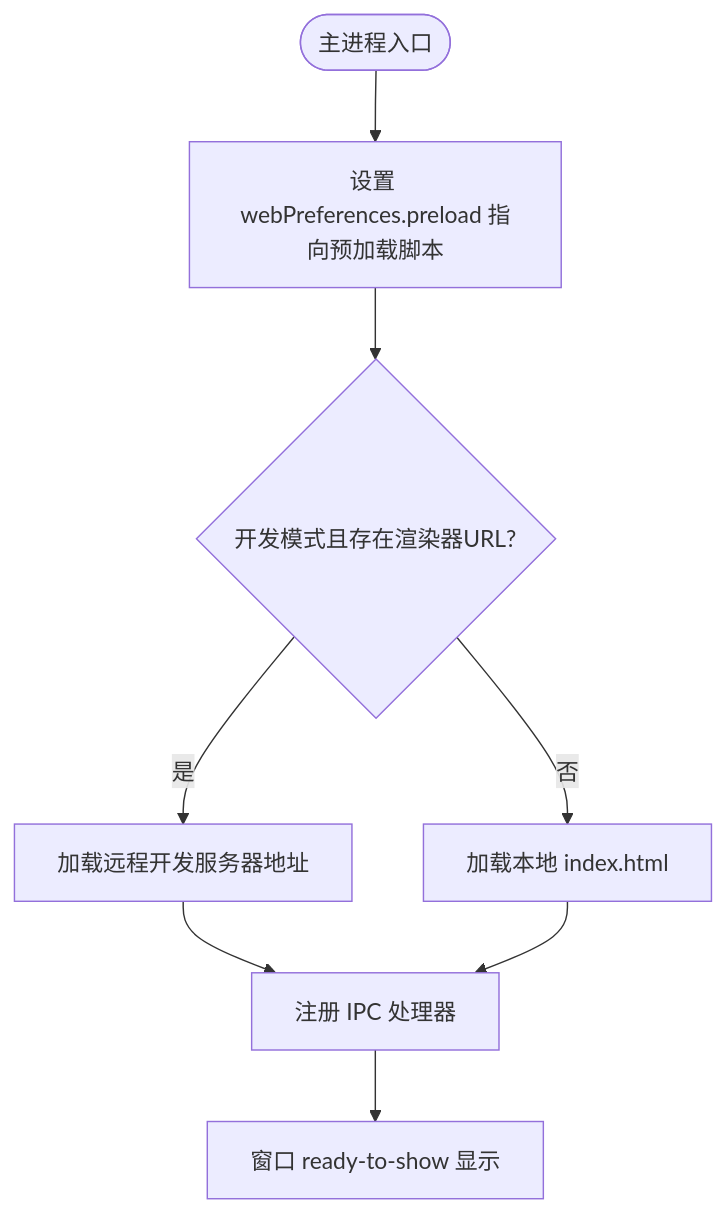
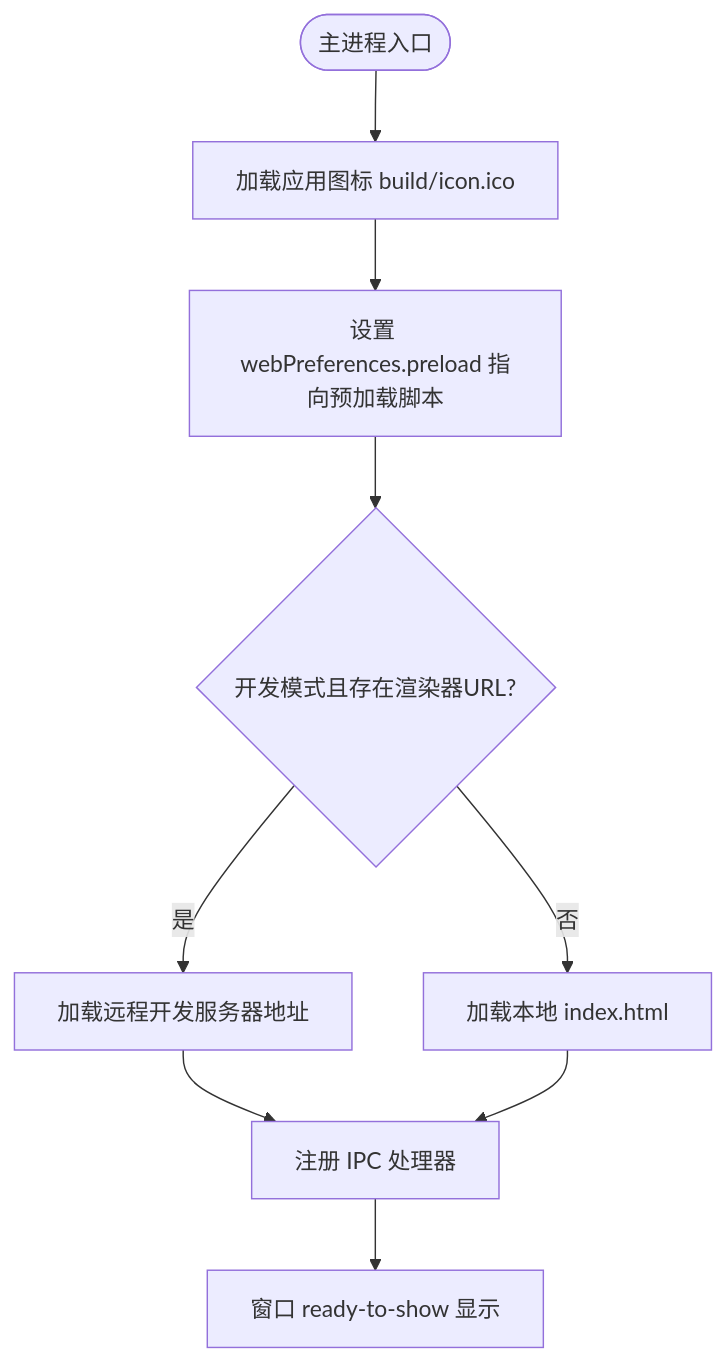
The third of 9 diagrams in .qoder/repowiki/zh/content/配置与部署/构建配置.md (remgasuki/ReDoPhoto), drawn with Mermaid before and after one commit. The commit also changed other lines of this file and 23 other files, not shown here.

````diff
--- a/.qoder/repowiki/zh/content/配置与部署/构建配置.md
+++ b/.qoder/repowiki/zh/content/配置与部署/构建配置.md
@@ -188,10 +219,11 @@
 ```mermaid
 flowchart TD
-Start(["主进程入口"]) --> LoadPreload["设置 webPreferences.preload 指向预加载脚本"]
+Start(["主进程入口"]) --> LoadIcon["加载应用图标 build/icon.ico"]
+LoadIcon --> LoadPreload["设置 webPreferences.preload 指向预加载脚本"]
 LoadPreload --> DevCheck{"开发模式且存在渲染器URL?"}
 DevCheck --> |是| LoadRemote["加载远程开发服务器地址"]
 DevCheck --> |否| LoadLocal["加载本地 index.html"]
 LoadRemote --> RegisterIPC["注册 IPC 处理器"]
 LoadLocal --> RegisterIPC
 RegisterIPC --> Ready["窗口 ready-to-show 显示"]
 ```
````
